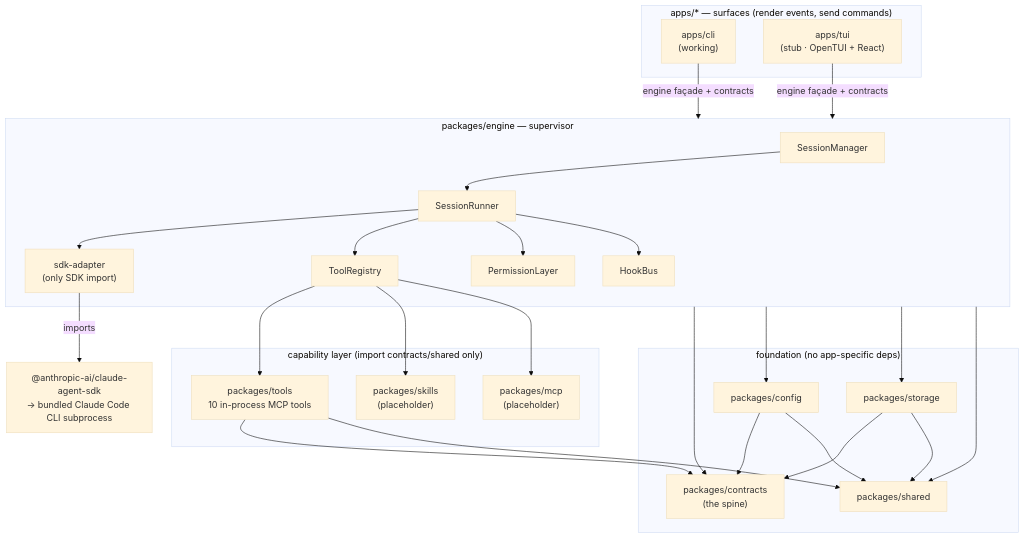
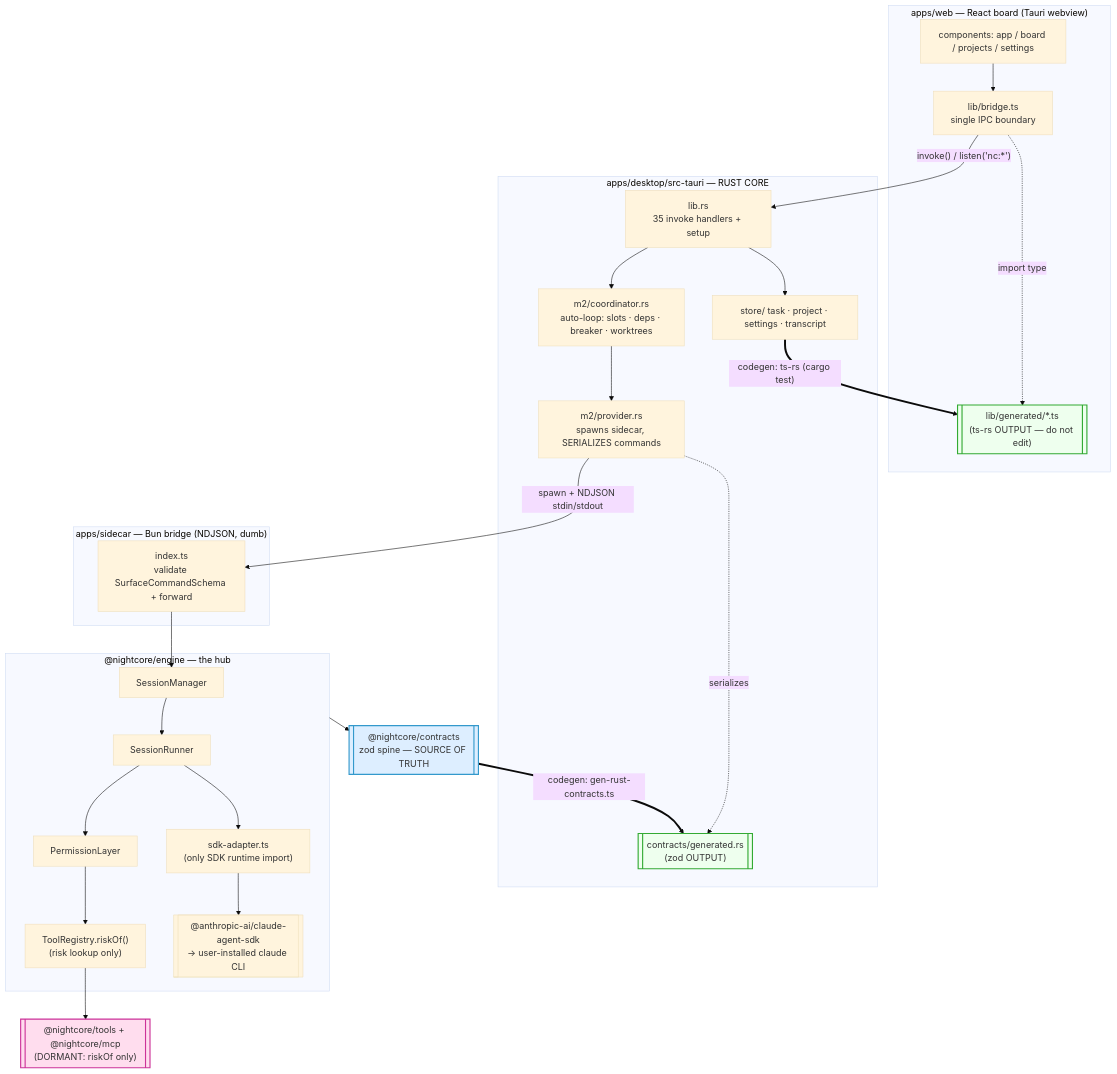
One commit to noctcore/nightcore changed the first of 5 diagrams in docs/diagrams.md. Above: the diagram before and after it, drawn with Mermaid (base theme). The commit also changed other lines of this file and 1 other file, not shown here.

First line of the commit message:
docs: rewrite top-level architecture docs for the 3-tier reality

````diff
--- a/docs/diagrams.md
+++ b/docs/diagrams.md
@@ -22,54 +23,50 @@
 ```mermaid
-graph TD
-    subgraph surfaces["apps/* — surfaces (render events, send commands)"]
-        CLI["apps/cli<br/>(working)"]
-        TUI["apps/tui<br/>(stub · OpenTUI + React)"]
+flowchart TD
+    subgraph web["apps/web — React board (Tauri webview)"]
+        UI["components: app / board / projects / settings"]
+        Bridge["lib/bridge.ts<br/>single IPC boundary"]
+        Gen[["lib/generated/*.ts<br/>(ts-rs OUTPUT — do not edit)"]]
+        UI --> Bridge
+        Bridge -. import type .-> Gen
     end
 
-    subgraph engine["packages/engine — supervisor"]
-        SM["SessionManager"]
-        SR["SessionRunner"]
-        TR["ToolRegistry"]
-        PL["PermissionLayer"]
-        HB["HookBus"]
-        AD["sdk-adapter<br/>(only SDK import)"]
+    subgraph desktop["apps/desktop/src-tauri — RUST CORE"]
+        Lib["lib.rs<br/>35 invoke handlers + setup"]
+        Coord["m2/coordinator.rs<br/>auto-loop: slots · deps · breaker · worktrees"]
+        Prov["m2/provider.rs<br/>spawns sidecar, SERIALIZES commands"]
+        Stores["store/ task · project · settings · transcript"]
+        GenRs[["contracts/generated.rs<br/>(zod OUTPUT)"]]
+        Lib --> Coord & Stores
+        Coord --> Prov
+        Prov -. serializes .-> GenRs
     end
 
-    subgraph capability["capability layer (import contracts/shared only)"]
-        TOOLS["packages/tools<br/>10 in-process MCP tools"]
-        SKILLS["packages/skills<br/>(placeholder)"]
-        MCP["packages/mcp<br/>(placeholder)"]
+    subgraph sidecar["apps/sidecar — Bun bridge (NDJSON, dumb)"]
+        SC["index.ts<br/>validate SurfaceCommandSchema + forward"]
     end
 
-    subgraph foundation["foundation (no app-specific deps)"]
-        CONTRACTS["packages/contracts<br/>(the spine)"]
-        CONFIG["packages/config"]
-        STORAGE["packages/storage"]
-        SHARED["packages/shared"]
+    subgraph engine["@nightcore/engine — the hub"]
+        SM["SessionManager"] --> SR["SessionRunner"]
+        SR --> AD["sdk-adapter.ts<br/>(only SDK runtime import)"]
+        SR --> PL["PermissionLayer"] --> TRk["ToolRegistry.riskOf()<br/>(risk lookup only)"]
+        AD --> SDK[["@anthropic-ai/claude-agent-sdk<br/>→ user-installed claude CLI"]]
     end
 
-    SDK["@anthropic-ai/claude-agent-sdk<br/>→ bundled Claude Code CLI subprocess"]
+    contracts[["@nightcore/contracts<br/>zod spine — SOURCE OF TRUTH"]]
+    tools[["@nightcore/tools + @nightcore/mcp<br/>(DORMANT: riskOf only)"]]
 
-    CLI -->|engine façade + contracts| engine
-    TUI -->|engine façade + contracts| engine
+    Bridge -->|"invoke() / listen('nc:*')"| Lib
+    Prov -->|"spawn + NDJSON stdin/stdout"| SC
+    SC --> SM
+    TRk --> tools
+    engine --> contracts
+    contracts ==>|"codegen: gen-rust-contracts.ts"| GenRs
+    Stores ==>|"codegen: ts-rs (cargo test)"| Gen
 
-    SM --> SR --> AD
-    SR --> TR --> TOOLS
-    SR --> PL
-    SR --> HB
-    AD -->|imports| SDK
-
-    engine --> CONTRACTS
-    engine --> CONFIG
-    engine --> STORAGE
-    engine --> SHARED
-    TR --> SKILLS
-    TR --> MCP
-
-    TOOLS --> CONTRACTS
-    TOOLS --> SHARED
-    CONFIG --> CONTRACTS
-    STORAGE --> CONTRACTS
-    CONFIG --> SHARED
-    STORAGE --> SHARED
+    classDef dormant fill:#fde,stroke:#c39,stroke-width:2px;
+    classDef spine fill:#def,stroke:#39c,stroke-width:2px;
+    classDef codegen fill:#efe,stroke:#3a3,stroke-width:2px;
+    class tools dormant;
+    class contracts spine;
+    class GenRs,Gen codegen;
 ```
````
